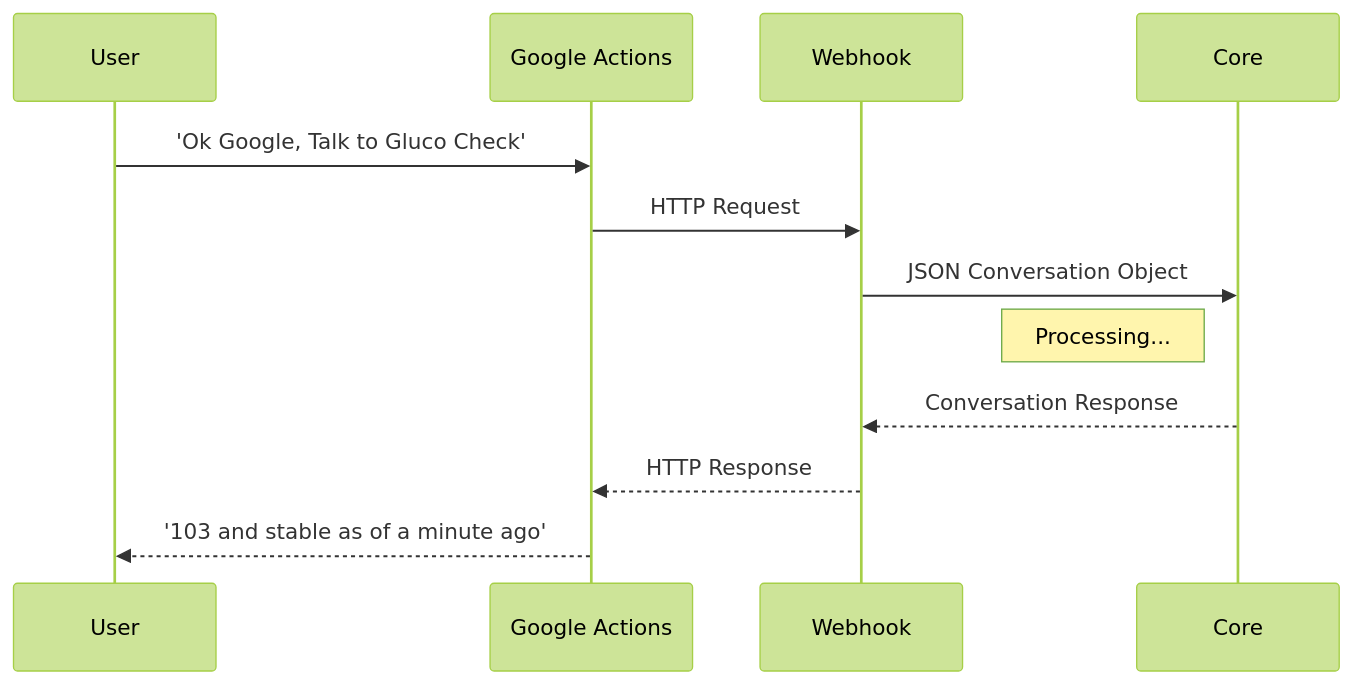
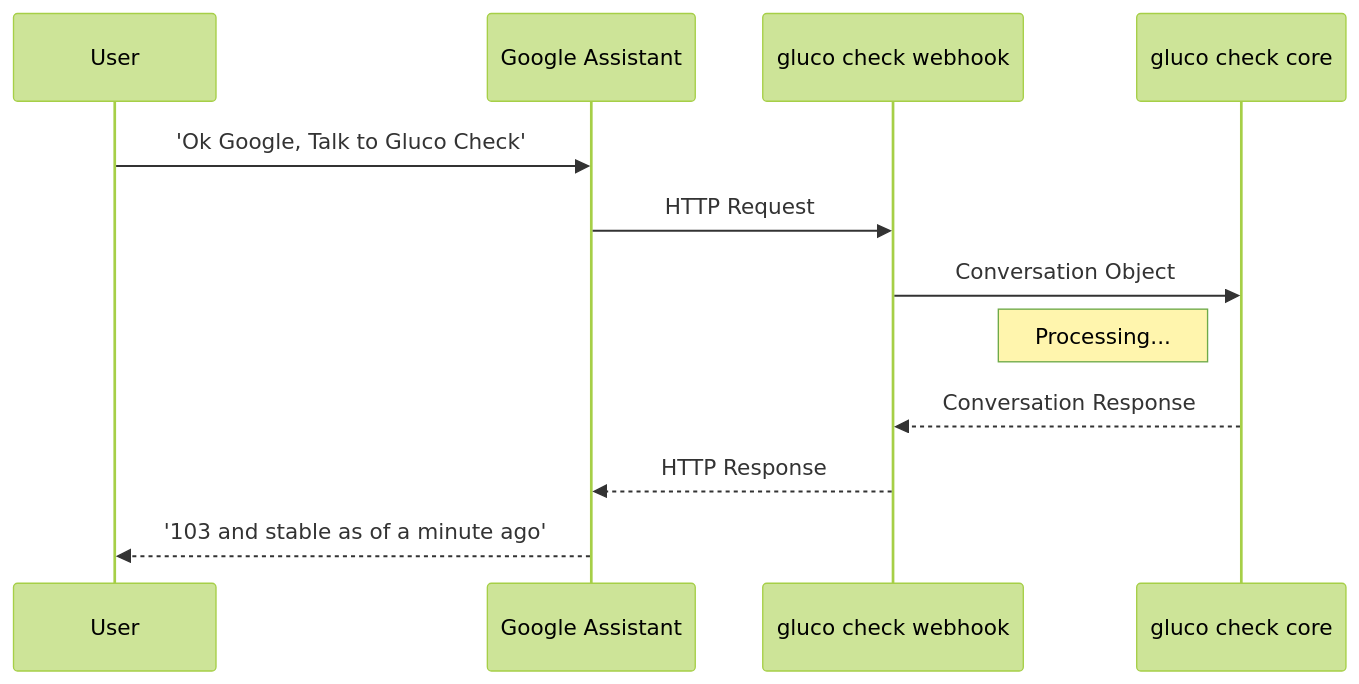
Before and after one commit to nielsmaerten/gluco-check: the first of 3 diagrams in CONTRIBUTING.md, drawn with Mermaid (forest theme). The commit also changed other lines of this file and 118 other files, not shown here.

````diff
--- a/CONTRIBUTING.md
+++ b/CONTRIBUTING.md
@@ -91,10 +129,10 @@
 ```mermaid
 sequenceDiagram
-User->>Google Actions: 'Ok Google, Talk to Gluco Check'
-Google Actions->>Webhook: HTTP Request
-Webhook->>Core: JSON Conversation Object
-Note left of Core: Processing...
-Core-->>Webhook: Conversation Response
-Webhook-->>Google Actions: HTTP Response
-Google Actions-->>User: '103 and stable as of a minute ago'
+User->>Google Assistant: 'Ok Google, Talk to Gluco Check'
+Google Assistant->>gluco check webhook: HTTP Request
+gluco check webhook->>gluco check core: Conversation Object
+Note left of gluco check core: Processing...
+gluco check core-->>gluco check webhook: Conversation Response
+gluco check webhook-->>Google Assistant: HTTP Response
+Google Assistant-->>User: '103 and stable as of a minute ago'
 ```
````
